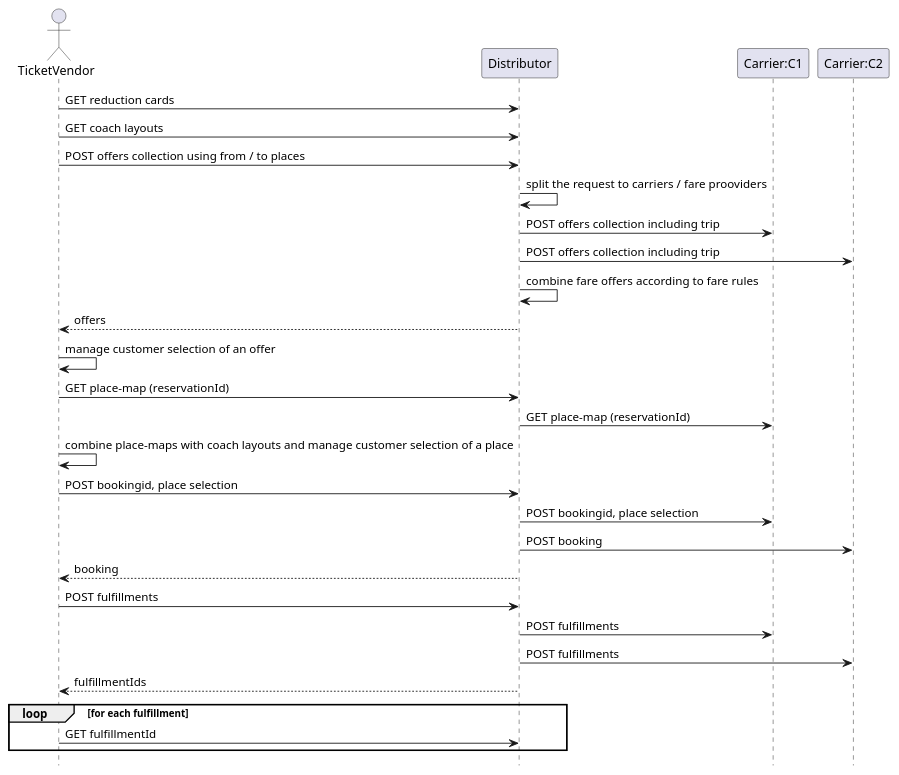
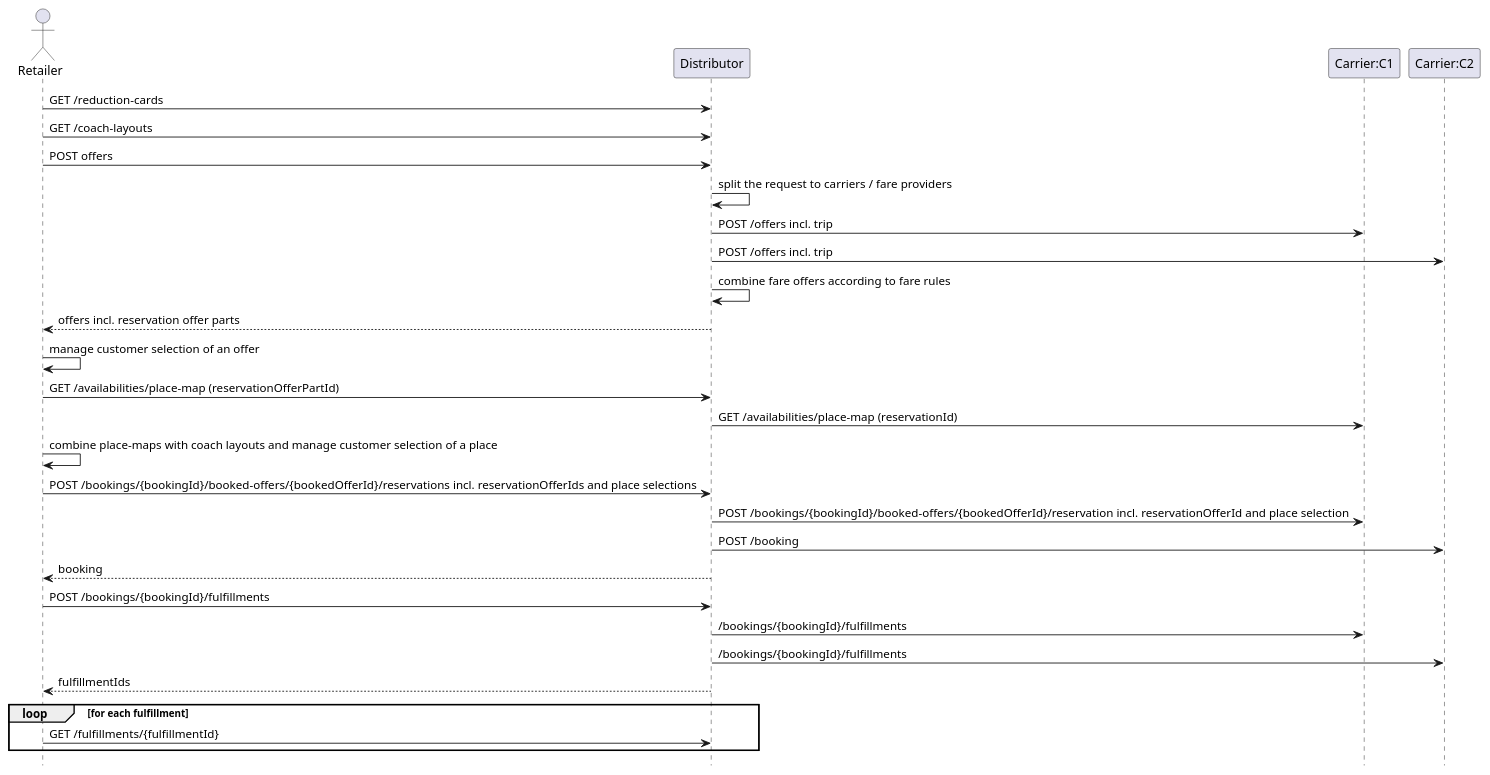
Before and after one commit to UnionInternationalCheminsdeFer/OSDM: the diagram in images/processes/seq-graphical-reservation.puml, drawn with PlantUML.

Commit message:
sequence diagramm graphical reservation

```diff
--- a/images/processes/seq-graphical-reservation.puml
+++ b/images/processes/seq-graphical-reservation.puml
@@ -1,52 +1,52 @@
 @startuml
 hide footbox
 
-actor "TicketVendor"
+actor "Retailer"
 
-"TicketVendor" -> "Distributor": GET reduction cards
+"Retailer" -> "Distributor": GET /reduction-cards
 
-"TicketVendor" -> "Distributor": GET coach layouts
+"Retailer" -> "Distributor": GET /coach-layouts
 
-"TicketVendor" -> "Distributor": POST offers collection using from / to places
+"Retailer" -> "Distributor": POST offers 
 
-"Distributor" -> "Distributor": split the request to carriers / fare prooviders
+"Distributor" -> "Distributor": split the request to carriers / fare providers
 
-"Distributor" -> "Carrier:C1": POST offers collection including trip 
+"Distributor" -> "Carrier:C1": POST /offers incl. trip 
 
-"Distributor" -> "Carrier:C2": POST offers collection including trip 
+"Distributor" -> "Carrier:C2": POST /offers incl. trip 
 
 "Distributor" -> "Distributor": combine fare offers according to fare rules
 
-"Distributor" --> "TicketVendor": offers
+"Distributor" --> "Retailer": offers incl. reservation offer parts
 
-"TicketVendor" -> "TicketVendor": manage customer selection of an offer
+"Retailer" -> "Retailer": manage customer selection of an offer
 
-"TicketVendor" -> "Distributor": GET place-map (reservationId)
+"Retailer" -> "Distributor": GET /availabilities/place-map (reservationOfferPartId)
  
-"Distributor" -> "Carrier:C1": GET place-map (reservationId)
+"Distributor" -> "Carrier:C1": GET /availabilities/place-map (reservationId)
 
-"TicketVendor" -> "TicketVendor": combine place-maps with coach layouts and manage customer selection of a place
+"Retailer" -> "Retailer": combine place-maps with coach layouts and manage customer selection of a place
 
-"TicketVendor" -> "Distributor": POST bookingid, place selection
+"Retailer" -> "Distributor": POST /bookings/{bookingId}/booked-offers/{bookedOfferId}/reservations incl. reservationOfferIds and place selections
 
-"Distributor" -> "Carrier:C1": POST bookingid, place selection 
+"Distributor" -> "Carrier:C1": POST /bookings/{bookingId}/booked-offers/{bookedOfferId}/reservation incl. reservationOfferId and place selection
 
-"Distributor" -> "Carrier:C2": POST booking 
+"Distributor" -> "Carrier:C2": POST /booking 
 
-"Distributor" --> "TicketVendor": booking  
+"Distributor" --> "Retailer": booking  
 
-"TicketVendor" -> "Distributor": POST fulfillments
+"Retailer" -> "Distributor": POST /bookings/{bookingId}/fulfillments
 
-"Distributor" -> "Carrier:C1": POST fulfillments
+"Distributor" -> "Carrier:C1": /bookings/{bookingId}/fulfillments
 
-"Distributor" -> "Carrier:C2": POST fulfillments
+"Distributor" -> "Carrier:C2": /bookings/{bookingId}/fulfillments
 
-"TicketVendor" <-- "Distributor": fulfillmentIds
+"Retailer" <-- "Distributor": fulfillmentIds
 
 loop for each fulfillment
 
-"TicketVendor" -> "Distributor": GET fulfillmentId
+"Retailer" -> "Distributor": GET /fulfillments/{fulfillmentId}
 
 end
 
 @enduml
```
